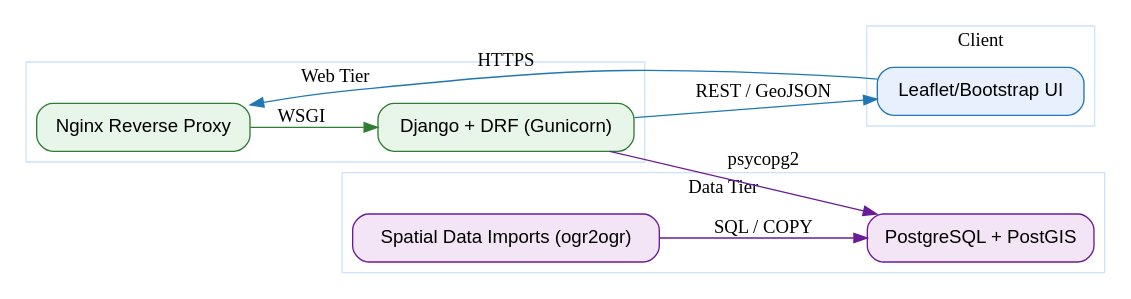
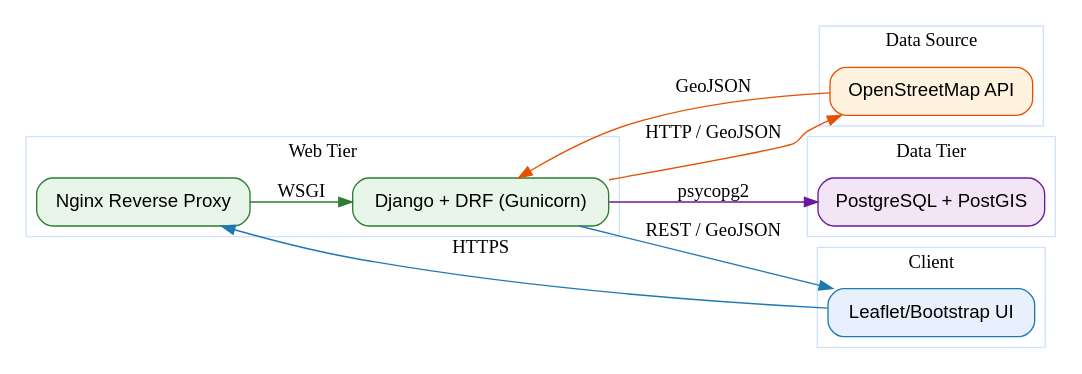
One commit to Sam2004-2/emergency-services-locater changed the diagram in docs/architecture.dot. Above: the diagram before and after it, drawn with Graphviz. The commit also changed 29 other files, not shown here.

```diff
--- a/docs/architecture.dot
+++ b/docs/architecture.dot
@@ -1,32 +1,39 @@
 digraph architecture {
   rankdir=LR;
   node [shape=box, style="rounded,filled", color="#1f77b4", fontname="Helvetica", fillcolor="#e8f0fe"];
 
   subgraph cluster_client {
     label="Client";
     color="#cfe2ff";
     "Leaflet/Bootstrap UI";
   }
 
   subgraph cluster_web {
     label="Web Tier";
     color="#cfe2ff";
     node [fillcolor="#e8f5e9", color="#2e7d32"];
     "Nginx Reverse Proxy";
     "Django + DRF (Gunicorn)";
   }
 
   subgraph cluster_db {
     label="Data Tier";
     color="#cfe2ff";
     node [fillcolor="#f3e5f5", color="#6a1b9a"];
     "PostgreSQL + PostGIS";
-    "Spatial Data Imports (ogr2ogr)";
+  }
+
+  subgraph cluster_data_source {
+    label="Data Source";
+    color="#cfe2ff";
+    node [fillcolor="#fff3e0", color="#e65100"];
+    "OpenStreetMap API";
   }
 
   "Leaflet/Bootstrap UI" -> "Nginx Reverse Proxy" [label="HTTPS" color="#1f77b4"];
   "Nginx Reverse Proxy" -> "Django + DRF (Gunicorn)" [label="WSGI" color="#2e7d32"];
   "Django + DRF (Gunicorn)" -> "PostgreSQL + PostGIS" [label="psycopg2" color="#6a1b9a"];
-  "Spatial Data Imports (ogr2ogr)" -> "PostgreSQL + PostGIS" [label="SQL / COPY" color="#6a1b9a"];
+  "Django + DRF (Gunicorn)" -> "OpenStreetMap API" [label="HTTP / GeoJSON" color="#e65100"];
+  "OpenStreetMap API" -> "Django + DRF (Gunicorn)" [label="GeoJSON" color="#e65100"];
   "Django + DRF (Gunicorn)" -> "Leaflet/Bootstrap UI" [label="REST / GeoJSON" color="#1f77b4"];
 }
```
